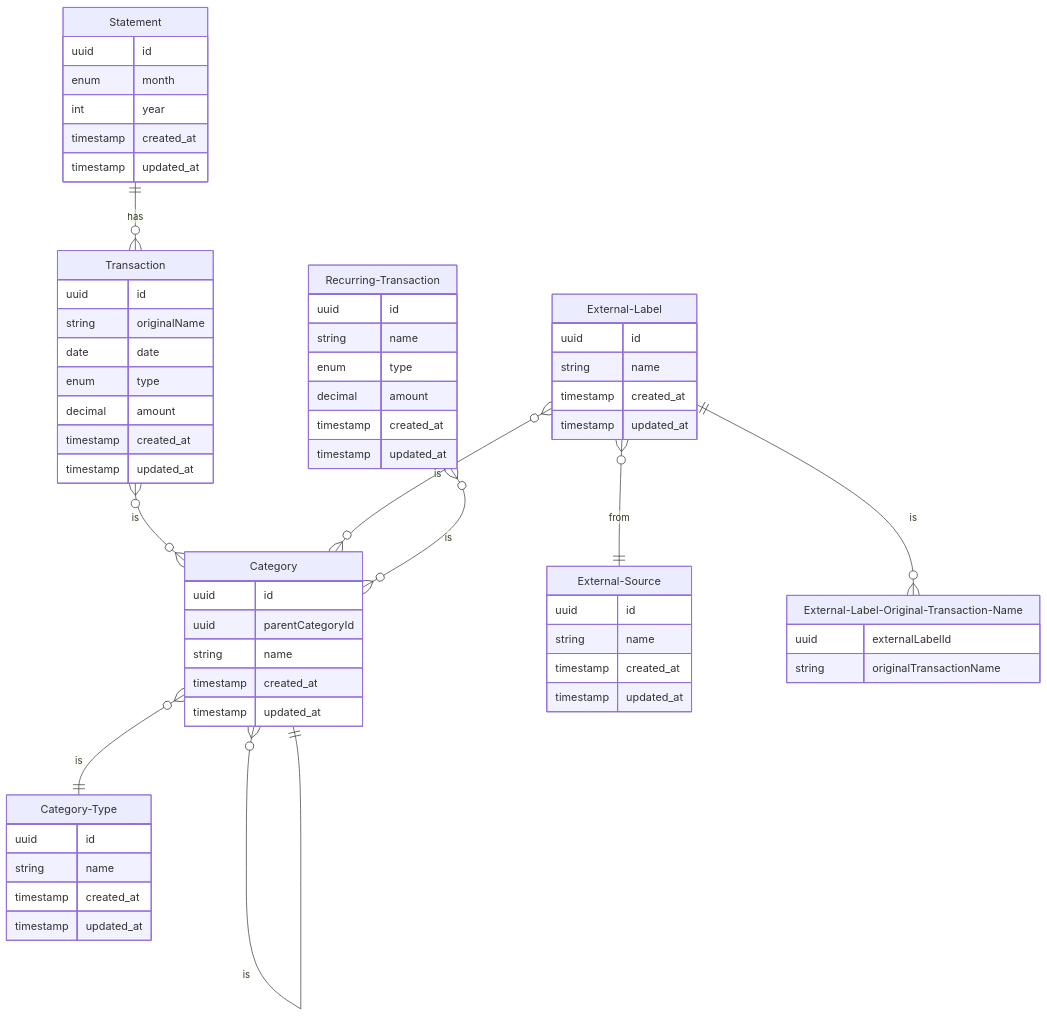
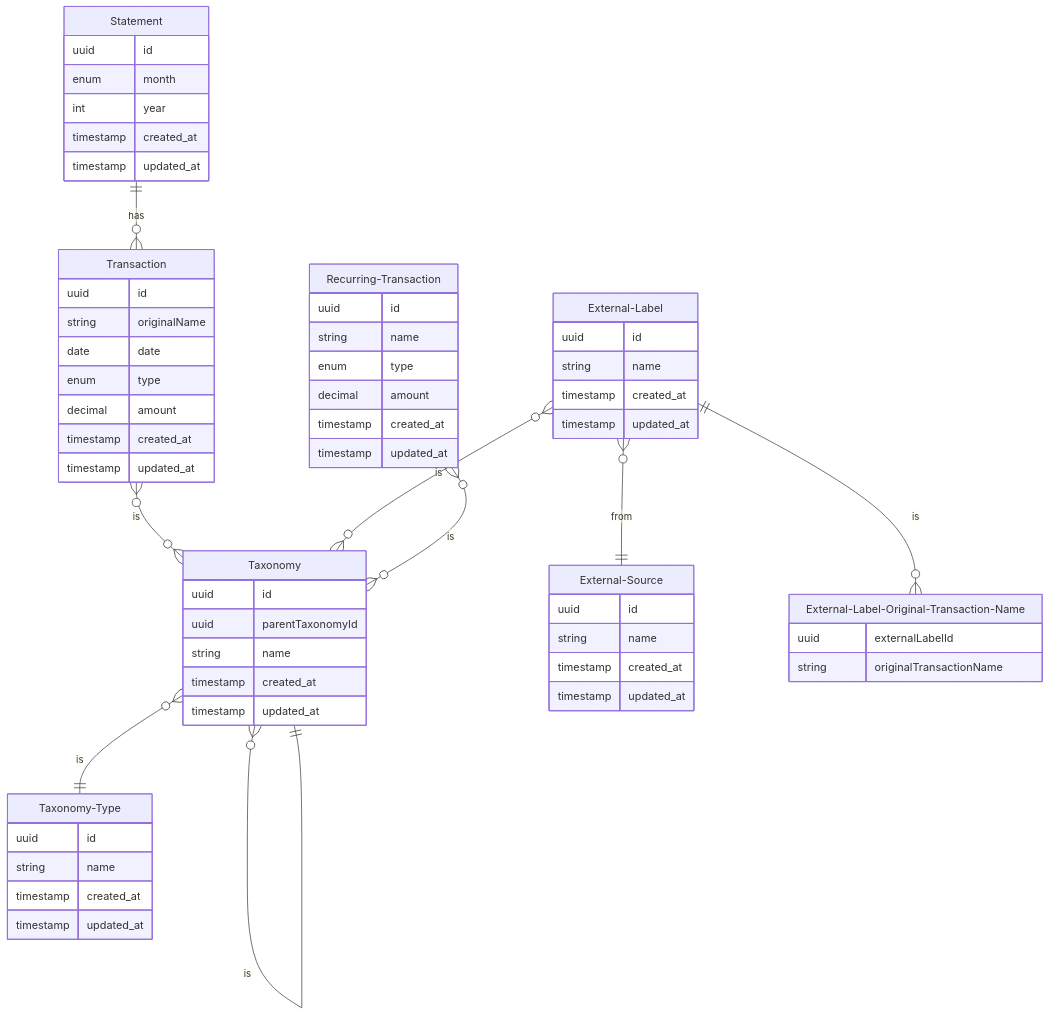
The diagram in README.md (Arclights/finance-overview), drawn with Mermaid before and after one commit. The commit also changed 37 other files, not shown here.

````diff
--- a/README.md
+++ b/README.md
@@ -27,18 +27,18 @@
         timestamp updated_at
     }
     
-    %% The type of a category. Ex. Person, Expense type, etc
-    Category-Type{
+    %% The type of a taxonomy. Ex. Person, Category, Compensated
+    Taxonomy-Type{
         uuid id
         string name
         timestamp created_at
         timestamp updated_at
     }
     
-    %% Transaction category. Ex. Shopping (hem). Could be tied to another parent category, Ex. Shopping
-    Category{
+    %% A taxonomy assigned to a transaction. Ex. a person, a spending category, or a compensation marker
+    Taxonomy{
         uuid id
-        uuid parentCategoryId
+        uuid parentTaxonomyId
         string name
         timestamp created_at
         timestamp updated_at
@@ -76,15 +76,15 @@
     
     Statement ||--o{ Transaction : has
     
-    Transaction }o--o{ Category : is
+    Transaction }o--o{ Taxonomy : is
     
-    Category }o--|| Category-Type : is
-    Category }o--|| Category : is
+    Taxonomy }o--|| Taxonomy-Type : is
+    Taxonomy }o--|| Taxonomy : is
     
     External-Label }o--|| External-Source : from
-    External-Label }o--o{ Category : is
+    External-Label }o--o{ Taxonomy : is
     
     External-Label ||--o{ External-Label-Original-Transaction-Name : is
     
-    Recurring-Transaction }o--o{ Category : is
+    Recurring-Transaction }o--o{ Taxonomy : is
 ```
````
